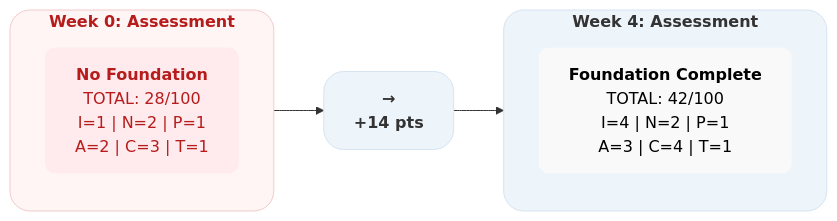
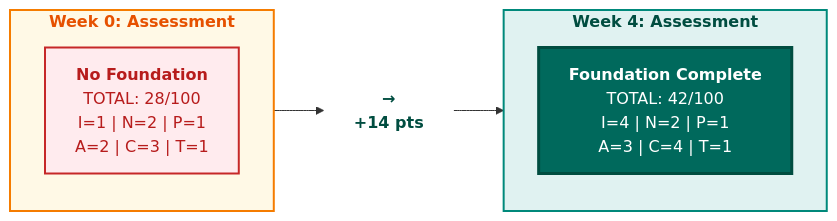
The tenth of 11 diagrams in manuscript/05_chapter_4_foundation_layers.md (saitejesh-cyber/trust-before-intelligence-book), drawn with Mermaid before and after one commit. The commit also changed other lines of this file and 12 other files, not shown here.

Commit message:
Restore legacy Mermaid styles for Option 1

````diff
--- a/manuscript/05_chapter_4_foundation_layers.md
+++ b/manuscript/05_chapter_4_foundation_layers.md
@@ -971,21 +963,20 @@
 ```mermaid
 graph LR
     subgraph week0["<b>Week 0: Assessment</b>"]
         W0["<b>No Foundation</b><br/>TOTAL: 28/100</b><br/>I=1 | N=2 | P=1<br/>A=2 | C=3 | T=1"]
     end
     
     ARROW["<b>→</b><br/><b>+14 pts</b>"]
     
     subgraph week4["<b>Week 4: Assessment</b>"]
         W4["<b>Foundation Complete</b><br/>TOTAL: 42/100</b><br/>I=4 | N=2 | P=1<br/>A=3 | C=4 | T=1"]
     end
     
     week0 --> ARROW --> week4
-
-    style week0 fill:#fff5f5,stroke:#f2caca,stroke-width:1px,color:#b71c1c,rx:20,ry:20
-    style W0 fill:#ffebee,stroke:none,color:#b71c1c,rx:10,ry:10
-    style ARROW fill:#edf4fa,stroke:#d6e4f2,stroke-width:1px,color:#333333,rx:20,ry:20
-    style week4 fill:#edf4fa,stroke:#d6e4f2,stroke-width:1px,color:#333333,rx:20,ry:20
-    style W4 fill:#f9f9f9,stroke:none,color:#000000,rx:10,ry:10
-
+    
+    style week0 fill:#fff9e6,stroke:#f57c00,stroke-width:2px,color:#e65100
+    style W0 fill:#ffebee,stroke:#c62828,stroke-width:2px,color:#b71c1c
+    style ARROW fill:#ffffff,stroke:none,color:#004d40
+    style week4 fill:#e0f2f1,stroke:#00897b,stroke-width:2px,color:#004d40
+    style W4 fill:#00695c,color:#ffffff,stroke:#004d40,stroke-width:3px
 ```
````
